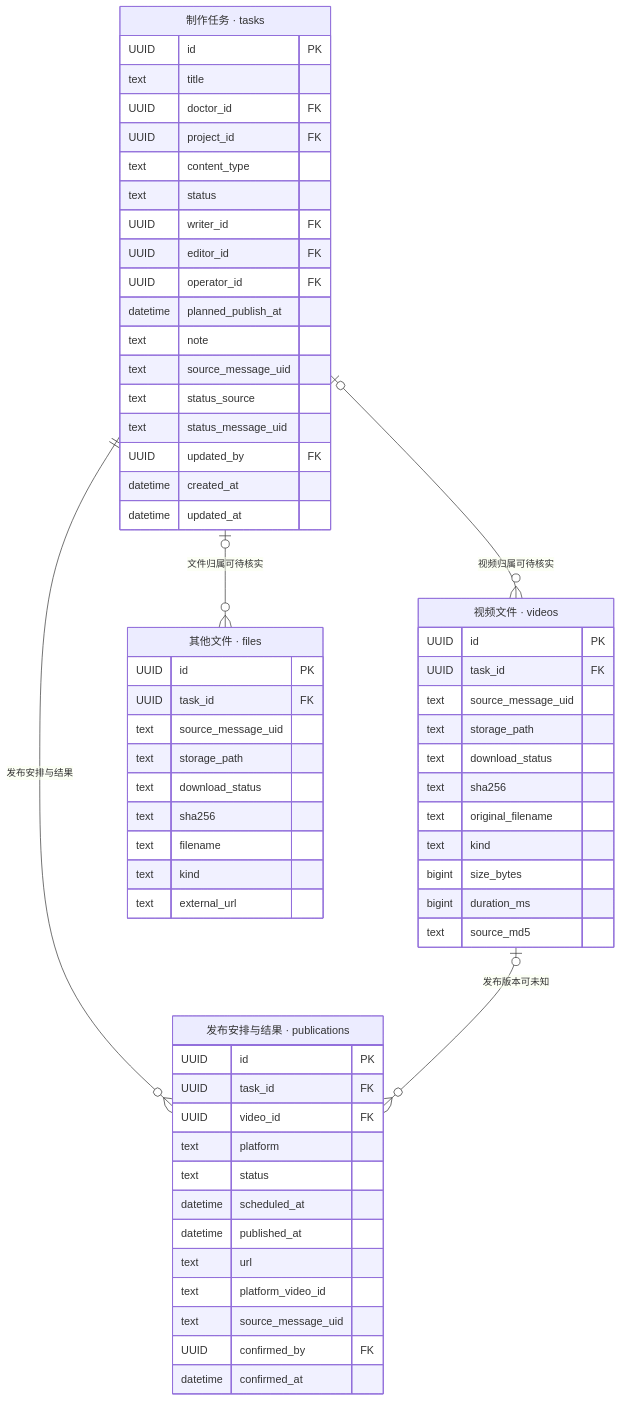
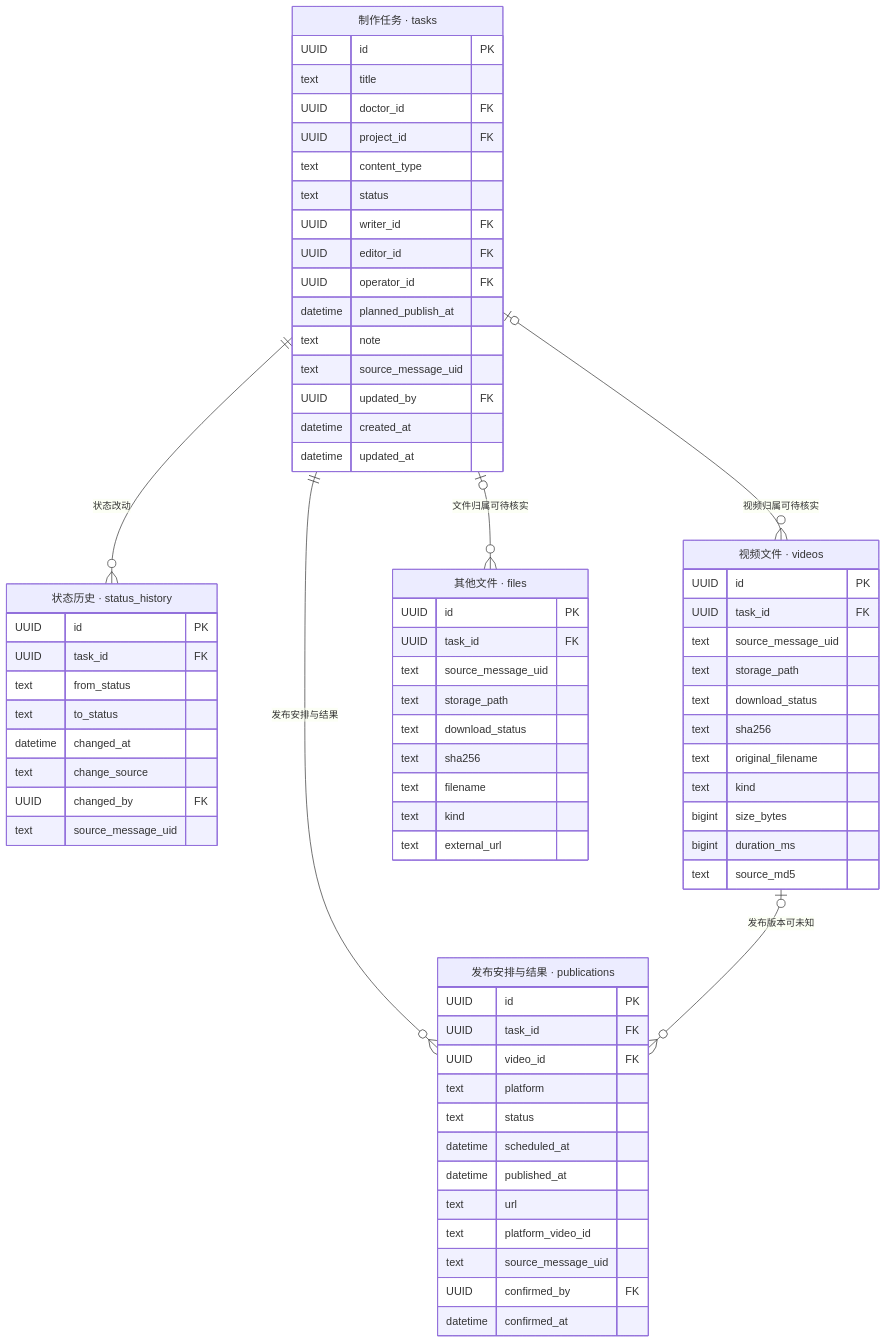
One commit to xunzhengkepu/docs changed the diagram in task-model-20261017/maizi-task-database-20261017-v01-tasks.mmd. Above: the diagram before and after it, drawn with Mermaid. The commit also changed 8 other files, not shown here.

Commit message:
docs: update existing task design with status history

```diff
--- a/task-model-20261017/maizi-task-database-20261017-v01-tasks.mmd
+++ b/task-model-20261017/maizi-task-database-20261017-v01-tasks.mmd
@@ -1,62 +1,71 @@
 erDiagram
+    tasks ||--o{ status_history : "状态改动"
     tasks o|--o{ videos : "视频归属可待核实"
     tasks o|--o{ files : "文件归属可待核实"
     tasks ||--o{ publications : "发布安排与结果"
     videos o|--o{ publications : "发布版本可未知"
     tasks["制作任务 · tasks"] {
         UUID id PK
         text title
         UUID doctor_id FK
         UUID project_id FK
         text content_type
         text status
         UUID writer_id FK
         UUID editor_id FK
         UUID operator_id FK
         datetime planned_publish_at
         text note
         text source_message_uid
-        text status_source
-        text status_message_uid
         UUID updated_by FK
         datetime created_at
         datetime updated_at
+    }
+    status_history["状态历史 · status_history"] {
+        UUID id PK
+        UUID task_id FK
+        text from_status
+        text to_status
+        datetime changed_at
+        text change_source
+        UUID changed_by FK
+        text source_message_uid
     }
     videos["视频文件 · videos"] {
         UUID id PK
         UUID task_id FK
         text source_message_uid
         text storage_path
         text download_status
         text sha256
         text original_filename
         text kind
         bigint size_bytes
         bigint duration_ms
         text source_md5
     }
     files["其他文件 · files"] {
         UUID id PK
         UUID task_id FK
         text source_message_uid
         text storage_path
         text download_status
         text sha256
         text filename
         text kind
         text external_url
     }
     publications["发布安排与结果 · publications"] {
         UUID id PK
         UUID task_id FK
         UUID video_id FK
         text platform
         text status
         datetime scheduled_at
         datetime published_at
         text url
         text platform_video_id
         text source_message_uid
         UUID confirmed_by FK
         datetime confirmed_at
     }
```
